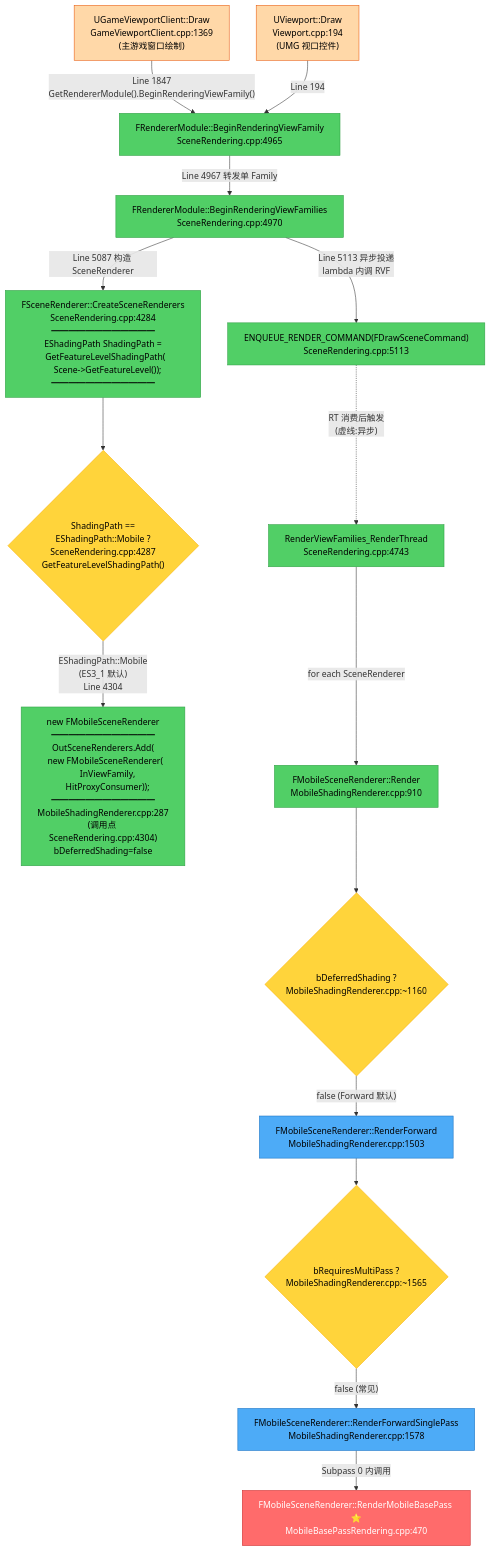
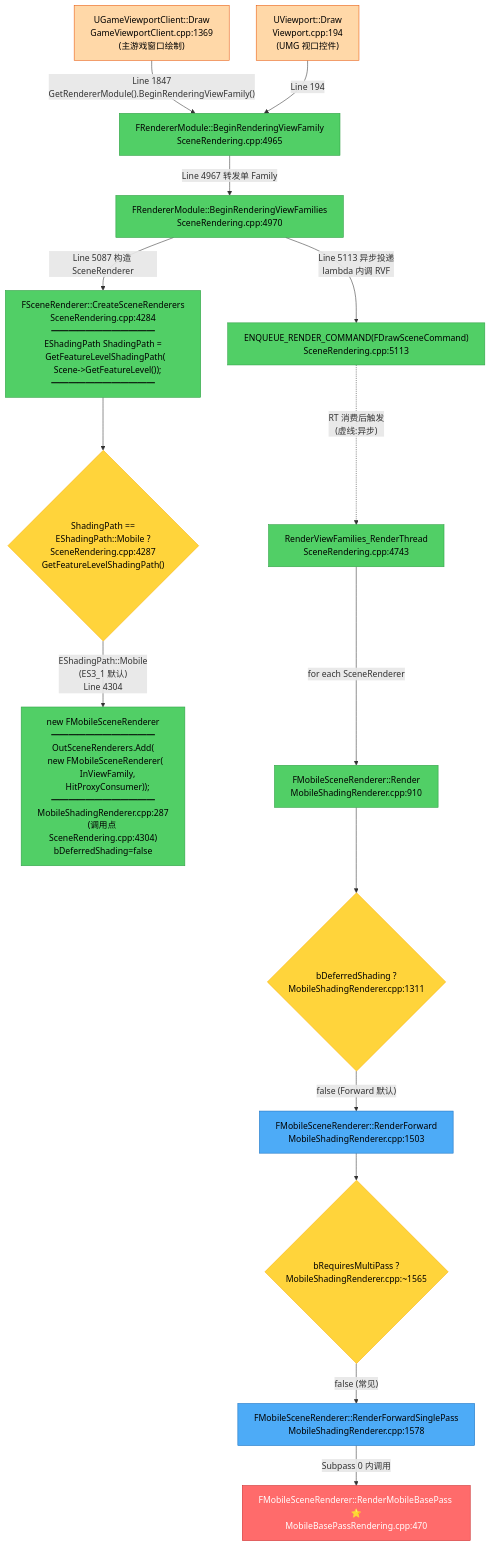
Before and after one commit to WoBok/UnrealEngeinSourceCodeExploring: the diagram in AndroidForwardRendering_CallChain_Slice.md, drawn with Mermaid. The commit also changed 6 other files, not shown here.

````diff
--- a/AndroidForwardRendering_CallChain_Slice.md
+++ b/AndroidForwardRendering_CallChain_Slice.md
@@ -11,75 +11,75 @@
 ```mermaid
 flowchart TD
     %% ① 调用方
     Caller1["UGameViewportClient::Draw<br/>GameViewportClient.cpp:1369<br/>(主游戏窗口绘制)"]
     Caller2["UViewport::Draw<br/>Viewport.cpp:194<br/>(UMG 视口控件)"]
 
     %% ② 入口
     BRVF["FRendererModule::BeginRenderingViewFamily<br/>SceneRendering.cpp:4965"]
     BRVFs["FRendererModule::BeginRenderingViewFamilies<br/>SceneRendering.cpp:4970"]
 
     %% ③ SceneRenderer 构造(决策点 ①)
     CSR["FSceneRenderer::CreateSceneRenderers<br/>SceneRendering.cpp:4284<br/>━━━━━━━━━━━━<br/>EShadingPath ShadingPath =<br/>&nbsp;&nbsp;GetFeatureLevelShadingPath(<br/>&nbsp;&nbsp;&nbsp;&nbsp;Scene->GetFeatureLevel());<br/>━━━━━━━━━━━━"]
     D1{"ShadingPath ==<br/>EShadingPath::Mobile ?<br/>SceneRendering.cpp:4287<br/>GetFeatureLevelShadingPath()"}
     NewMobile["new FMobileSceneRenderer<br/>━━━━━━━━━━━━<br/>OutSceneRenderers.Add(<br/>&nbsp;&nbsp;new FMobileSceneRenderer(<br/>&nbsp;&nbsp;&nbsp;&nbsp;InViewFamily,<br/>&nbsp;&nbsp;&nbsp;&nbsp;HitProxyConsumer));<br/>━━━━━━━━━━━━<br/>MobileShadingRenderer.cpp:287<br/>(调用点 SceneRendering.cpp:4304)<br/>bDeferredShading=false"]
 
     %% ④ 投递到 RT
     EnqCmd["ENQUEUE_RENDER_COMMAND(FDrawSceneCommand)<br/>SceneRendering.cpp:5113"]
 
     %% ⑤ RT 渲染分发
     RVF["RenderViewFamilies_RenderThread<br/>SceneRendering.cpp:4743"]
 
     %% ⑥ Mobile 主渲染
     MSR["FMobileSceneRenderer::Render<br/>MobileShadingRenderer.cpp:910"]
-    D2{"bDeferredShading ?<br/>MobileShadingRenderer.cpp:~1160"}
+    D2{"bDeferredShading ?<br/>MobileShadingRenderer.cpp:1311"}
 
     %% ⑦ Forward 入口
     RenderFwd["FMobileSceneRenderer::RenderForward<br/>MobileShadingRenderer.cpp:1503"]
     D3{"bRequiresMultiPass ?<br/>MobileShadingRenderer.cpp:~1565"}
     SinglePass["FMobileSceneRenderer::RenderForwardSinglePass<br/>MobileShadingRenderer.cpp:1578"]
 
     %% ⑧ ⭐ Base Pass
     BasePass["FMobileSceneRenderer::RenderMobileBasePass ⭐<br/>MobileBasePassRendering.cpp:470"]
 
     %% 边:调用方 → 入口
     Caller1 -->|"Line 1847<br/>GetRendererModule().BeginRenderingViewFamily()"| BRVF
     Caller2 -->|"Line 194"| BRVF
 
     %% 入口分发
     BRVF -->|"Line 4967 转发单 Family"| BRVFs
     BRVFs -->|"Line 5087 构造 SceneRenderer"| CSR
 
     %% 决策 ①
     CSR --> D1
     D1 -->|"EShadingPath::Mobile<br/>(ES3_1 默认)<br/>Line 4304"| NewMobile
 
     %% 投递到 RT
     BRVFs -->|"Line 5113 异步投递<br/>lambda 内调 RVF"| EnqCmd
     EnqCmd -.->|"RT 消费后触发<br/>(虚线:异步)"| RVF
 
     %% RT 渲染
     RVF -->|"for each SceneRenderer"| MSR
 
     %% 决策 ②
     MSR --> D2
     D2 -->|"false (Forward 默认)"| RenderFwd
 
     %% Forward
     RenderFwd --> D3
     D3 -->|"false (常见)"| SinglePass
 
     %% SinglePass → BasePass
     SinglePass -->|"Subpass 0 内调用"| BasePass
 
     classDef caller fill:#ffd8a8,stroke:#e8590c,color:#000
     classDef entry fill:#51cf66,stroke:#2f9e44,color:#000
     classDef decision fill:#ffd43b,stroke:#fab005,color:#000
     classDef fwd fill:#4dabf7,stroke:#1971c2,color:#000
     classDef target fill:#ff6b6b,stroke:#c92a2a,color:#fff
 
     class Caller1,Caller2 caller
     class BRVF,BRVFs,CSR,NewMobile,EnqCmd,RVF,MSR entry
     class D1,D2,D3 decision
     class RenderFwd,SinglePass fwd
     class BasePass target
 ```
````
